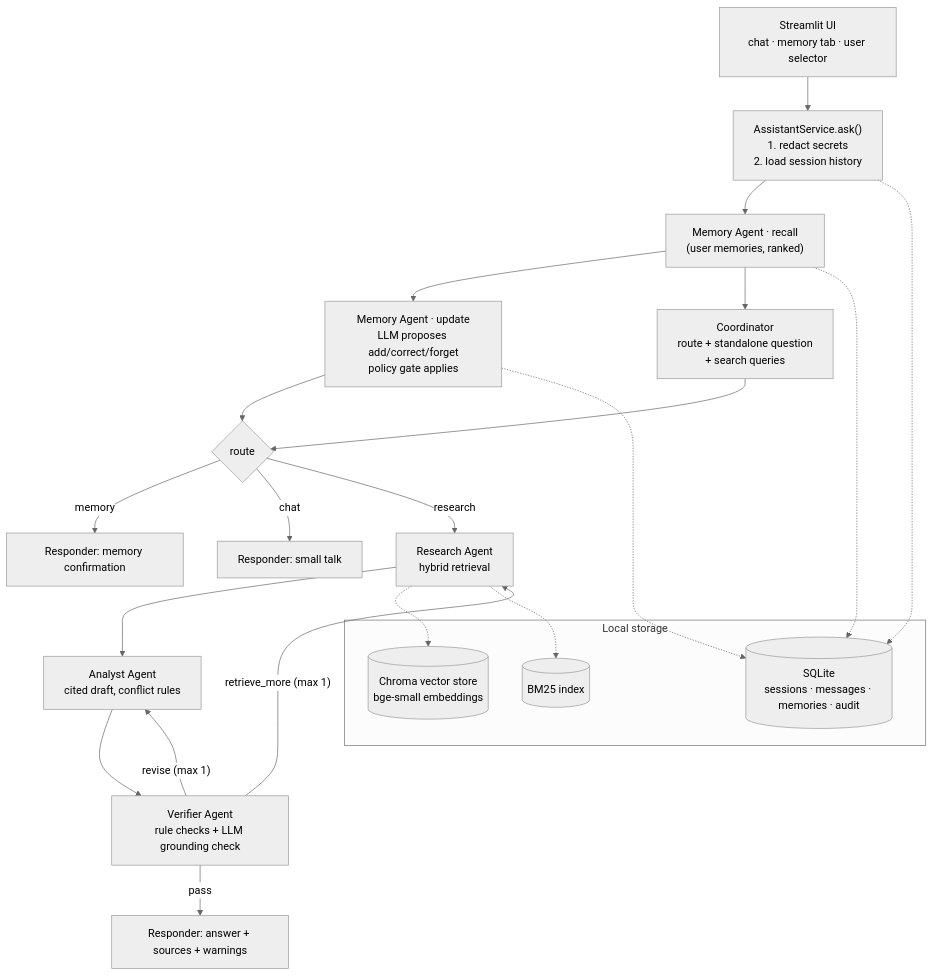
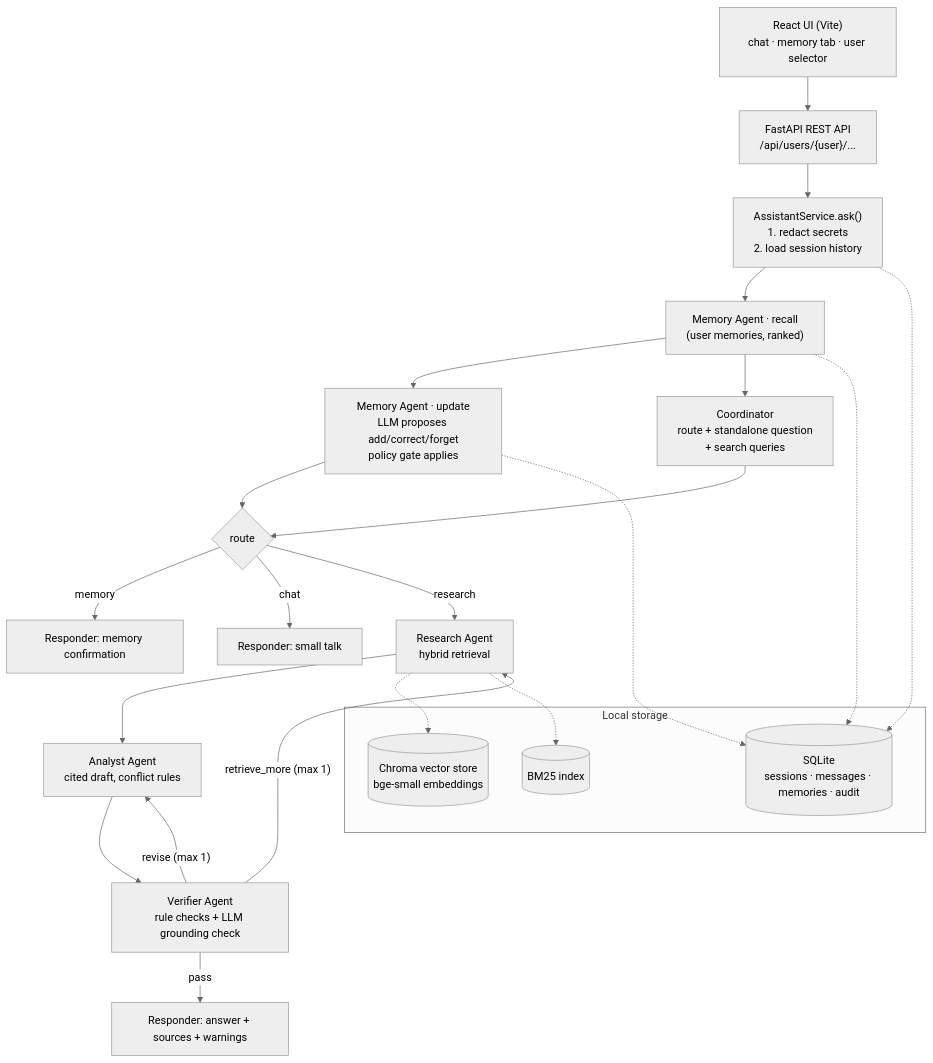
The diagram in docs/DESIGN.md (Deekshith-j/research-assistant), drawn with Mermaid (neutral theme) before and after one commit. The commit also changed 31 other files, not shown here.

First line of the commit message:
Replace Streamlit with a React frontend served by FastAPI

````diff
--- a/docs/DESIGN.md
+++ b/docs/DESIGN.md
@@ -12,27 +12,28 @@
 ```mermaid
 flowchart TD
-    UI["Streamlit UI<br/>chat · memory tab · user selector"] --> SVC["AssistantService.ask()<br/>1. redact secrets<br/>2. load session history"]
+    UI["React UI (Vite)<br/>chat · memory tab · user selector"] --> API["FastAPI REST API<br/>/api/users/{user}/..."]
+    API --> SVC["AssistantService.ask()<br/>1. redact secrets<br/>2. load session history"]
     SVC --> RECALL["Memory Agent · recall<br/>(user memories, ranked)"]
     RECALL --> MEM["Memory Agent · update<br/>LLM proposes add/correct/forget<br/>policy gate applies"]
     RECALL --> COORD["Coordinator<br/>route + standalone question<br/>+ search queries"]
     MEM --> DISPATCH{route}
     COORD --> DISPATCH
     DISPATCH -- memory --> FM["Responder: memory confirmation"]
     DISPATCH -- chat --> FC["Responder: small talk"]
     DISPATCH -- research --> RES["Research Agent<br/>hybrid retrieval"]
     RES --> AN["Analyst Agent<br/>cited draft, conflict rules"]
     AN --> VER["Verifier Agent<br/>rule checks + LLM grounding check"]
     VER -- pass --> FR["Responder: answer + sources + warnings"]
     VER -- revise (max 1) --> AN
     VER -- retrieve_more (max 1) --> RES
 
     subgraph Local storage
       CH[("Chroma vector store<br/>bge-small embeddings")]
       BM[("BM25 index")]
       DB[("SQLite<br/>sessions · messages · memories · audit")]
     end
     RES -.-> CH & BM
     RECALL -.-> DB
     MEM -.-> DB
     SVC -.-> DB
 ```
````
